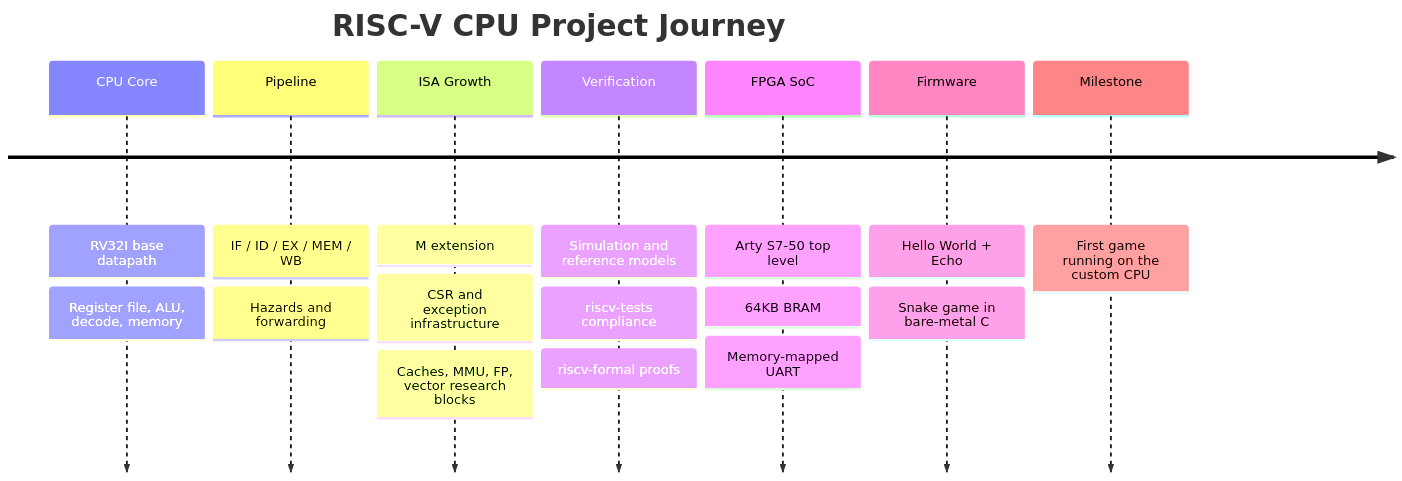
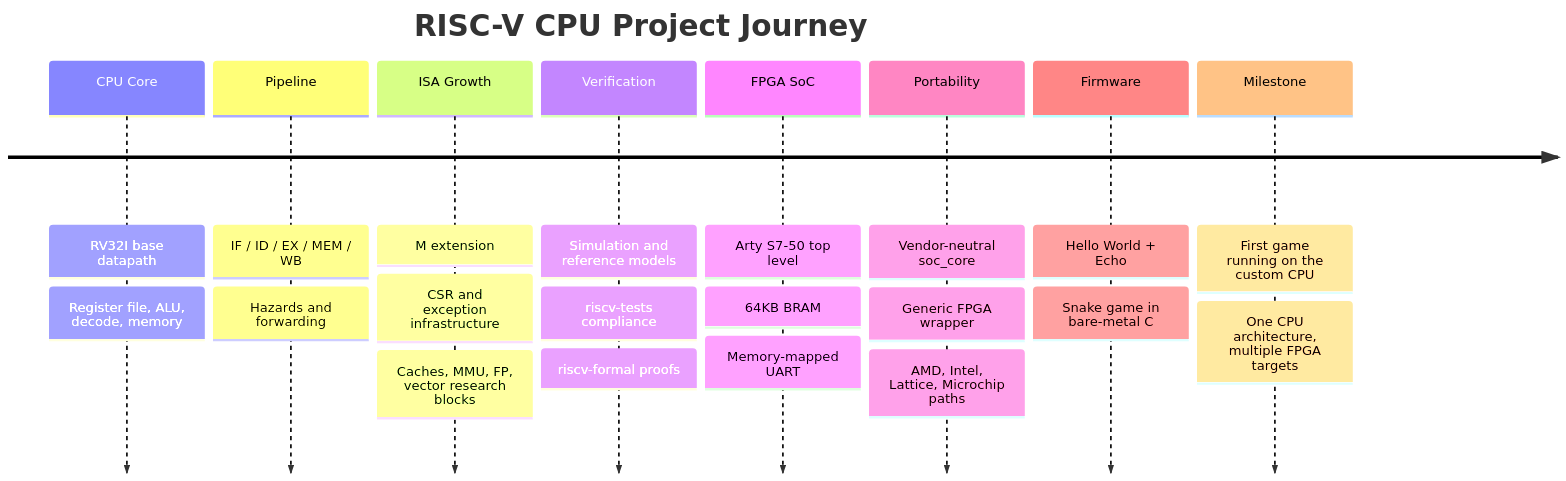
One commit to TharunBabu-05/RISC-V_CPU changed the second of 2 diagrams in README.md. Above: the diagram before and after it, drawn with Mermaid. The commit also changed other lines of this file and 10 other files, not shown here.

````diff
--- a/README.md
+++ b/README.md
@@ -568,20 +720,24 @@
 ```mermaid
 timeline
     title RISC-V CPU Project Journey
     CPU Core : RV32I base datapath
              : Register file, ALU, decode, memory
     Pipeline : IF / ID / EX / MEM / WB
              : Hazards and forwarding
     ISA Growth : M extension
                : CSR and exception infrastructure
                : Caches, MMU, FP, vector research blocks
     Verification : Simulation and reference models
                  : riscv-tests compliance
                  : riscv-formal proofs
     FPGA SoC : Arty S7-50 top level
              : 64KB BRAM
              : Memory-mapped UART
+    Portability : Vendor-neutral soc_core
+                : Generic FPGA wrapper
+                : AMD, Intel, Lattice, Microchip paths
     Firmware : Hello World + Echo
              : Snake game in bare-metal C
     Milestone : First game running on the custom CPU
+              : One CPU architecture, multiple FPGA targets
 ```
````
